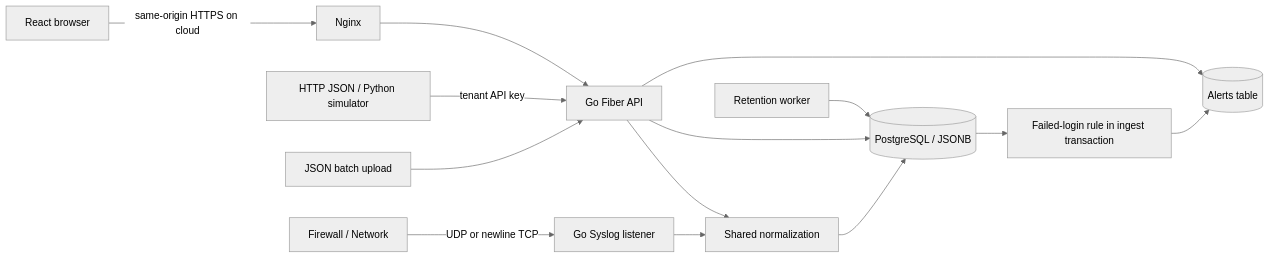
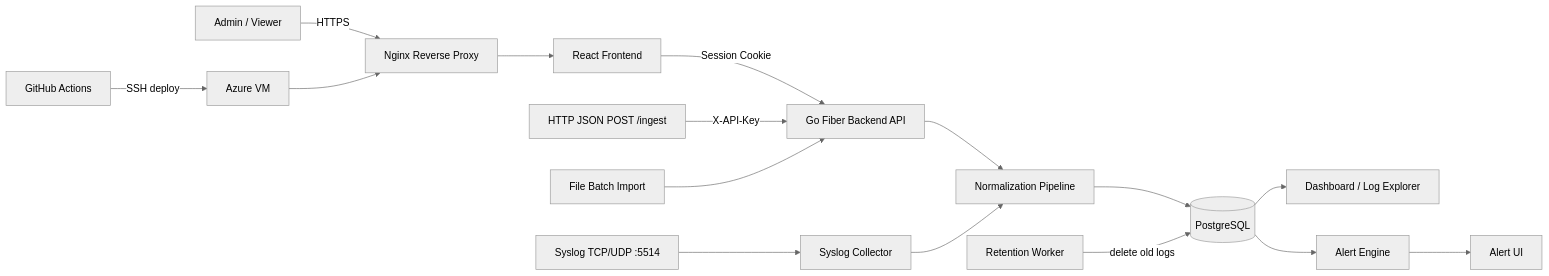
Before and after one commit to laziesv/LogManagement: the diagram in docs/architecture.md, drawn with Mermaid (neutral theme). The commit also changed other lines of this file and 8 other files, not shown here.

````diff
--- a/docs/architecture.md
+++ b/docs/architecture.md
@@ -3,16 +7,22 @@
 ```mermaid
 flowchart LR
-  Browser[React browser] -->|same-origin HTTPS on cloud| Proxy[Nginx]
-  Proxy --> API[Go Fiber API]
-  JSON[HTTP JSON / Python simulator] -->|tenant API key| API
-  Files[JSON batch upload] --> API
-  Devices[Firewall / Network] -->|UDP or newline TCP| Collector[Go Syslog listener]
-  API --> Normalize[Shared normalization]
+  User[Admin / Viewer] -->|HTTPS| Nginx[Nginx Reverse Proxy]
+  Nginx --> Frontend[React Frontend]
+  Frontend -->|Session Cookie| API[Go Fiber Backend API]
+
+  HTTP[HTTP JSON POST /ingest] -->|X-API-Key| API
+  File[File Batch Import] --> API
+  Syslog[Syslog TCP/UDP :5514] --> Collector[Syslog Collector]
+
+  API --> Normalize[Normalization Pipeline]
   Collector --> Normalize
-  Normalize --> DB[(PostgreSQL / JSONB)]
-  DB --> Detect[Failed-login rule in ingest transaction]
-  Detect --> Alerts[(Alerts table)]
-  API --> DB
-  API --> Alerts
-  Cleanup[Retention worker] --> DB
+  Normalize --> Store[(PostgreSQL)]
+
+  Store --> Dashboard[Dashboard / Log Explorer]
+  Store --> Alert[Alert Engine]
+  Alert --> AlertUI[Alert UI]
+
+  Retention[Retention Worker] -->|delete old logs| Store
+  GitHub[GitHub Actions] -->|SSH deploy| Azure[Azure VM]
+  Azure --> Nginx
 ```
````
